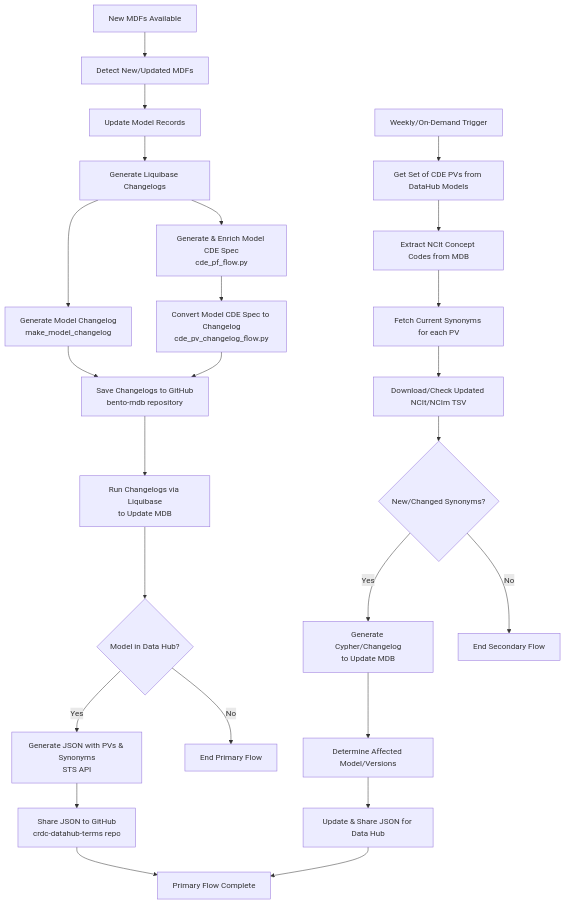
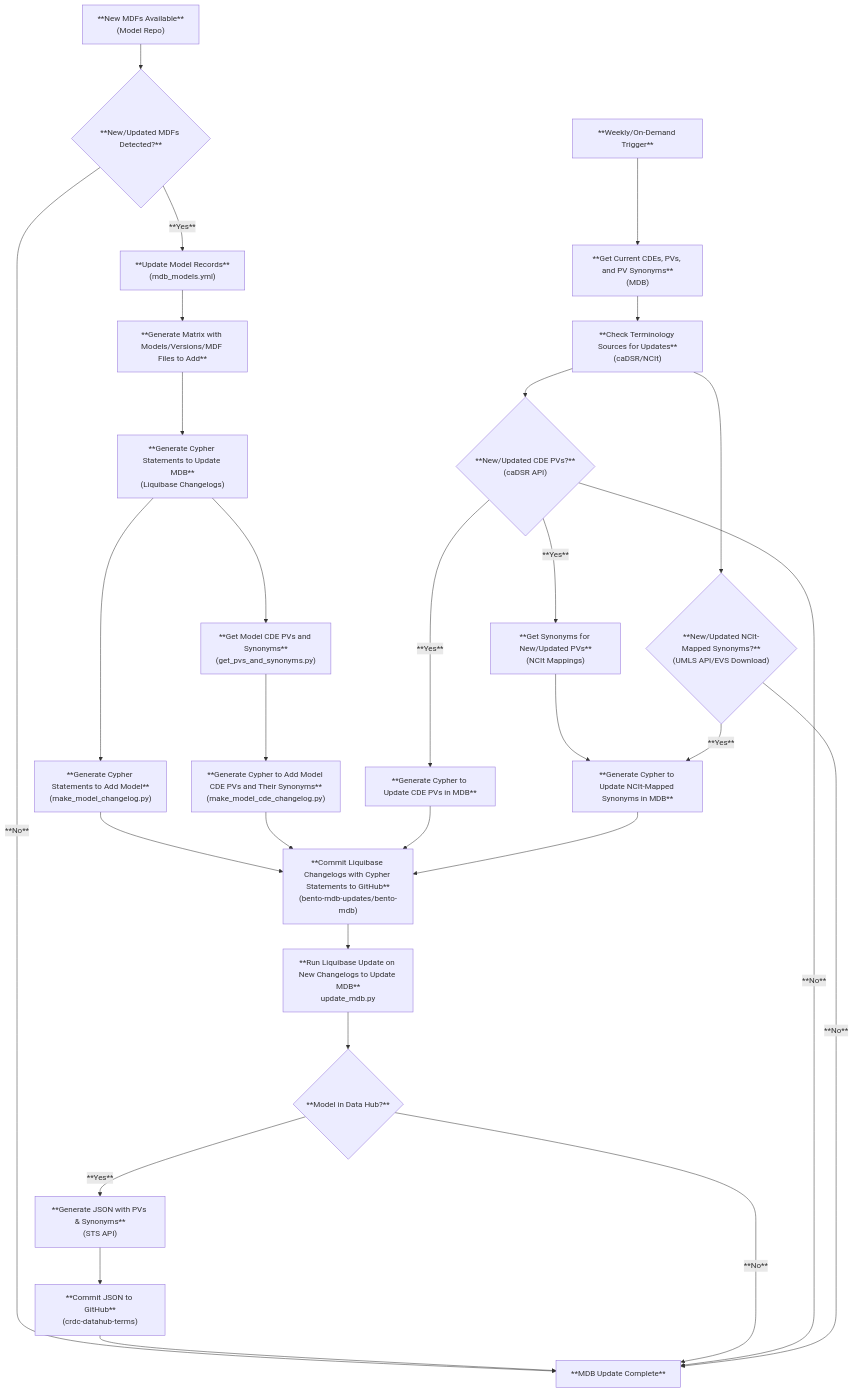
Before and after one commit to nelsonwmoore/bento-mdb-updates: the diagram in mdb_system_updates.md, drawn with Mermaid.

Commit message:
update mermaid flowchart for updates

````diff
--- a/mdb_system_updates.md
+++ b/mdb_system_updates.md
@@ -5,31 +5,34 @@
 ```mermaid
 flowchart TD
     %% Primary Update Flow
-    A[New MDFs Available] --> B[Detect New/Updated MDFs]
-    B --> C[Update Model Records<br/crdc_models.yml and datahub_models.yml]
-    C --> D[Generate Liquibase Changelogs]
-    D --> D1[Generate Model Changelog<br/>make_model_changelog]
-    D --> D2[Generate & Enrich Model CDE Spec<br/>cde_pf_flow.py]
-    D2 --> D3[Convert Model CDE Spec to Changelog<br/>cde_pv_changelog_flow.py]
-    D1 & D3 --> E[Save Changelogs to GitHub<br/>bento-mdb repository]
-    E --> F[Run Changelogs via Liquibase<br/>to Update MDB]
-    F --> G{Model in Data Hub?}
-    G -- Yes --> H[Generate JSON with PVs & Synonyms<br/>STS API]
-    H --> I[Share JSON to GitHub<br/>crdc-datahub-terms repo]
-    G -- No --> J[End Primary Flow]
+    A["**New MDFs Available**<br/>(Model Repo)"] --> B{**New/Updated MDFs Detected?**}
+    B -- **Yes** --> C["**Update Model Records**<br/>(mdb_models.yml)"]
+    B -- **No** --> J[**MDB Update Complete**]
+    C --> C1[**Generate Matrix with Models/Versions/MDF Files to Add**]
+    C1 --> D["**Generate Cypher Statements to Update MDB**<br/>(Liquibase Changelogs)"]
+    D --> D1["**Generate Cypher Statements to Add Model**<br/>(make_model_changelog.py)"]
+    D --> D2["**Get Model CDE PVs and Synonyms**<br/>(get_pvs_and_synonyms.py)"]
+    D2 --> D3["**Generate Cypher to Add Model CDE PVs and Their Synonyms**<br/>(make_model_cde_changelog.py)"]
+    D1 & D3 --> E["**Commit Liquibase Changelogs with Cypher Statements to GitHub**<br/>(bento-mdb-updates/bento-mdb)"]
+    E --> F[**Run Liquibase Update on New Changelogs to Update MDB**<br/>update_mdb.py]
+    F --> G{**Model in Data Hub?**}
+    G -- **Yes** --> H["**Generate JSON with PVs & Synonyms**<br/>(STS API)"]
+    H --> I["**Commit JSON to GitHub**<br/>(crdc-datahub-terms)"]
+    I --> J
+    G -- **No** --> J
 
     %% Secondary Update Flow (Weekly/On-Demand)
-    K[Weekly/On-Demand Trigger] --> L[Get Set of CDE PVs from DataHub Models]
-    L --> M[Extract NCIt Concept Codes from MDB]
-    M --> N[Fetch Current Synonyms for each PV]
-    N --> O[Download/Check Updated NCIt/NCIm TSV]
-    O --> P{New/Changed Synonyms?}
-    P -- Yes --> Q[Generate Cypher/Changelog<br/>to Update MDB]
-    Q --> R[Determine Affected Model/Versions]
-    R --> S[Update & Share JSON for Data Hub]
-    P -- No --> T[End Secondary Flow]
+    K[**Weekly/On-Demand Trigger**] --> L["**Get Current CDEs, PVs, and PV Synonyms**<br/>(MDB)"]
+    L --> M["**Check Terminology Sources for Updates**<br/>(caDSR/NCIt)"]
+    M --> V{"**New/Updated CDE PVs?**<br/>(caDSR API)"}
+    M --> N{"**New/Updated NCIt-Mapped Synonyms?**<br/>(UMLS API/EVS Download)"}
+    V -- **Yes** --> W1["**Get Synonyms for New/Updated PVs**<br/>(NCIt Mappings)"]
+    V -- **Yes** --> W2["**Generate Cypher to Update CDE PVs in MDB**"]
+    W2 --> E
+    W1 --> P["**Generate Cypher to Update NCIt-Mapped Synonyms in MDB**"]
+    P --> E
+    V -- **No** --> J
+    N -- **Yes** --> P
+    N -- **No** --> J
 
-    %% Connecting Flows
-    I --> U[Primary Flow Complete]
-    S --> U
 ```
````
